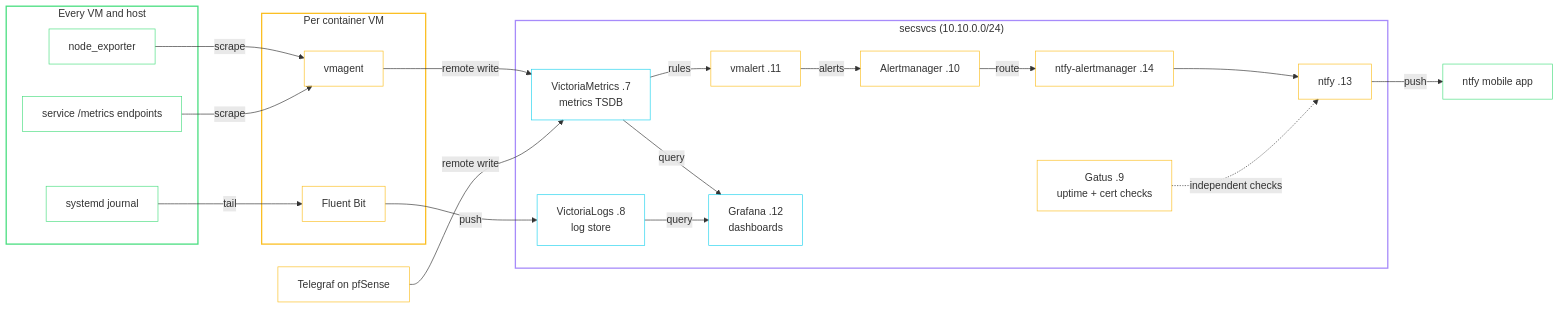
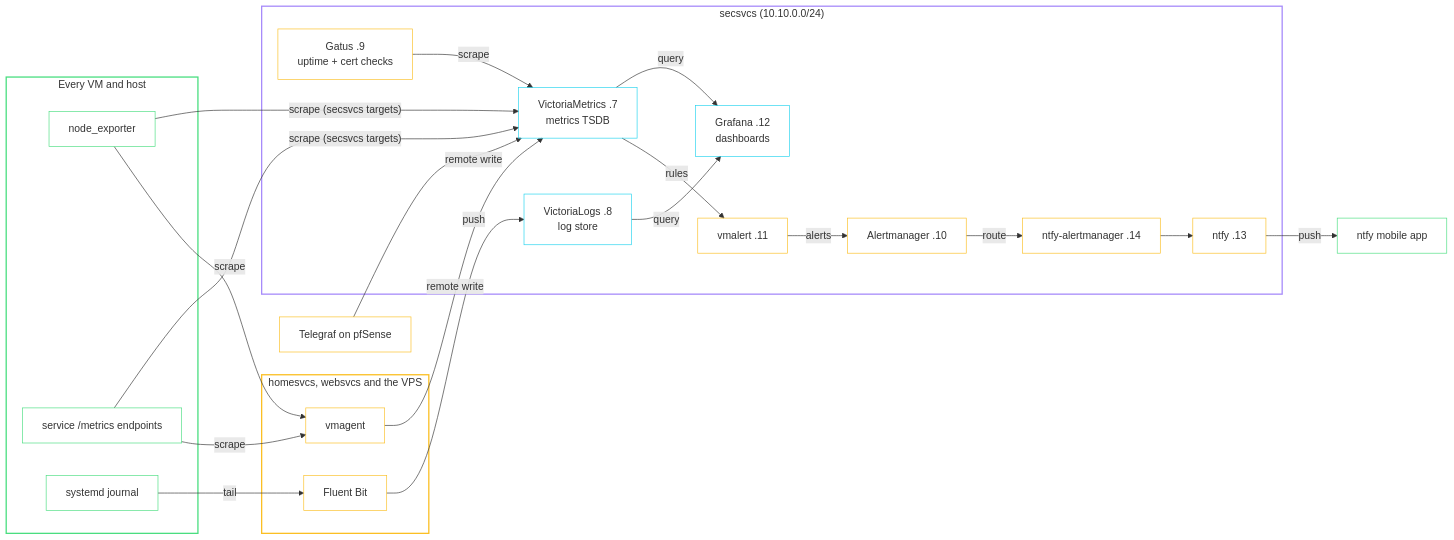
One commit to babraham123/homesite changed the diagram in src/www/docs/homelab/services.md. Above: the diagram before and after it, drawn with Mermaid. The commit also changed other lines of this file and 44 other files, not shown here.

````diff
--- a/src/www/docs/homelab/services.md
+++ b/src/www/docs/homelab/services.md
@@ -94,53 +118,54 @@
 ```mermaid
 flowchart LR
     subgraph sources["Every VM and host"]
         ne["node_exporter"]
         sm["service /metrics endpoints"]
         jd["systemd journal"]
     end
 
     tg["Telegraf on pfSense"]
 
-    subgraph agents["Per container VM"]
+    subgraph agents["homesvcs, websvcs and the VPS"]
         vmagent["vmagent"]
         fb["Fluent Bit"]
     end
 
     subgraph sec["secsvcs (10.10.0.0/24)"]
         vm["VictoriaMetrics .7<br/>metrics TSDB"]
         vl["VictoriaLogs .8<br/>log store"]
         va["vmalert .11"]
         am["Alertmanager .10"]
         nam["ntfy-alertmanager .14"]
         ntfy["ntfy .13"]
         graf["Grafana .12<br/>dashboards"]
         gatus["Gatus .9<br/>uptime + cert checks"]
     end
 
     phone["ntfy mobile app"]
 
     ne -- "scrape" --> vmagent
     sm -- "scrape" --> vmagent
     jd -- "tail" --> fb
     vmagent -- "remote write" --> vm
+    ne & sm -- "scrape (secsvcs targets)" --> vm
     tg -- "remote write" --> vm
     fb -- "push" --> vl
     vm -- "rules" --> va
     va -- "alerts" --> am
     am -- "route" --> nam
     nam --> ntfy
     ntfy -- "push" --> phone
     vm -- "query" --> graf
     vl -- "query" --> graf
-    gatus -. "independent checks" .-> ntfy
+    gatus -- "scrape" --> vm
 
     style sources stroke:#4ade80,stroke-width:2px,fill:transparent
     style agents stroke:#fbbf24,stroke-width:2px,fill:transparent
     style sec stroke:#a78bfa,stroke-width:2px,fill:transparent
     classDef src stroke:#4ade80,fill:transparent
     classDef agent stroke:#fbbf24,fill:transparent
     classDef data stroke:#22d3ee,fill:transparent
     class ne,sm,jd,phone src
     class tg,vmagent,fb,va,am,nam,ntfy,gatus agent
     class vm,vl,graf data
 ```
````
